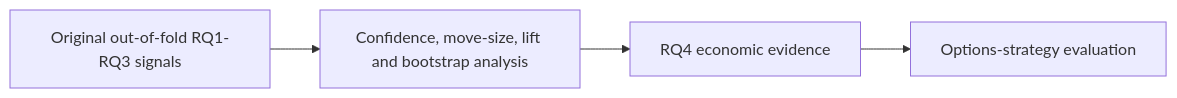
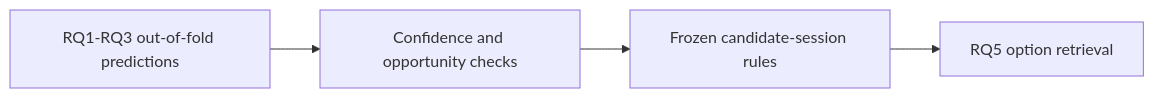
One commit to Ferreter/Dissertation changed the diagram in docs/notebooks/12_rq4_economic_meaningfulness.md. Above: the diagram before and after it, drawn with Mermaid. The commit also changed other lines of this file and 27 other files, not shown here.

````diff
--- a/docs/notebooks/12_rq4_economic_meaningfulness.md
+++ b/docs/notebooks/12_rq4_economic_meaningfulness.md
@@ -12,6 +13,6 @@
 ```mermaid
 flowchart LR
-    A["Original out-of-fold RQ1-RQ3 signals"] --> B["Confidence, move-size, lift and bootstrap analysis"]
-    B --> C["RQ4 economic evidence"]
-    C --> D["Options-strategy evaluation"]
+    A["RQ1-RQ3 out-of-fold predictions"] --> B["Confidence and opportunity checks"]
+    B --> C["Frozen candidate-session rules"]
+    C --> D["RQ5 option retrieval"]
 ```
````
